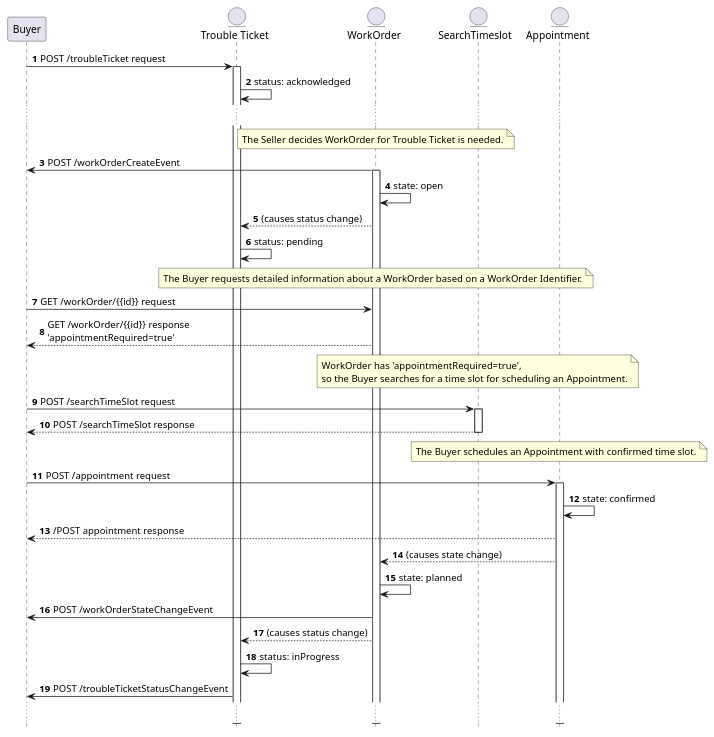
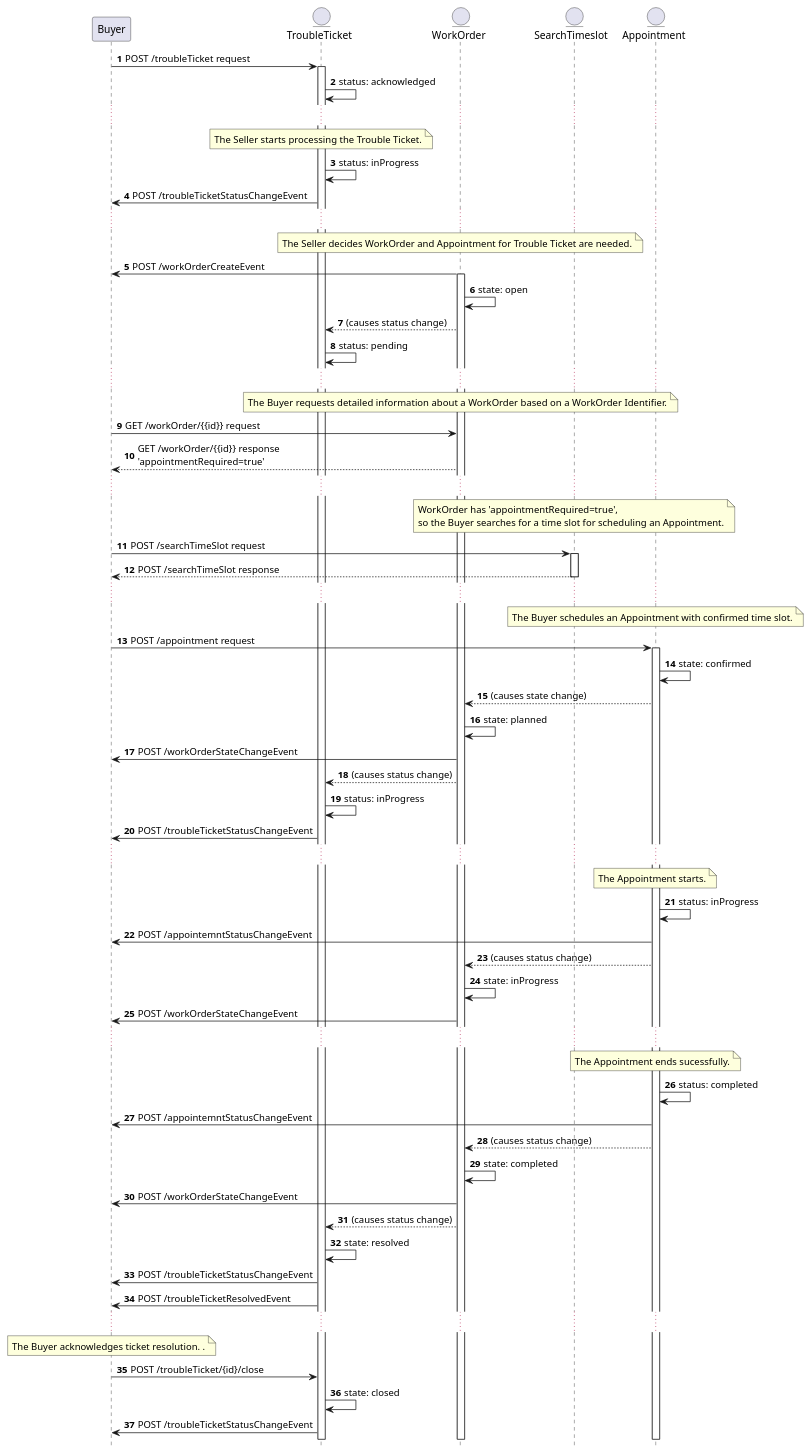
The diagram in documentation/productApi/workforce/media/src/useCaseWorkOrder.puml (MEF-GIT/MEF-LSO-Sonata-SDK), drawn with PlantUML before and after one commit. The commit also changed 382 other files, not shown here.

```diff
--- a/documentation/productApi/workforce/media/src/useCaseWorkOrder.puml
+++ b/documentation/productApi/workforce/media/src/useCaseWorkOrder.puml
@@ -1,49 +1,74 @@
 @startuml
 
 hide footbox
 
 participant Buyer
-entity "Trouble Ticket" as TT
+entity "TroubleTicket" as TT
 entity "WorkOrder" as WORK
 entity "SearchTimeslot " as SAT
 entity "Appointment" as APO
 
 autonumber
 
 Buyer -> TT : POST /troubleTicket request
 activate TT
 TT -> TT: status: acknowledged
-
+...
+note over TT: The Seller starts processing the Trouble Ticket.
+TT -> TT: status: inProgress
+TT -> Buyer: POST /troubleTicketStatusChangeEvent
 ...
 
-note over WORK: The Seller decides WorkOrder for Trouble Ticket is needed.
+note over WORK: The Seller decides WorkOrder and Appointment for Trouble Ticket are needed.
 WORK -> Buyer: POST /workOrderCreateEvent
 activate WORK
 WORK -> WORK: state: open
 WORK --> TT: (causes status change)
 TT -> TT: status: pending
-
+...
 note over WORK: The Buyer requests detailed information about a WorkOrder based on a WorkOrder Identifier.
 Buyer -> WORK : GET /workOrder/{{id}} request
 WORK --> Buyer: GET /workOrder/{{id}} response \n'appointmentRequired=true'
-
+...
 note over SAT: WorkOrder has 'appointmentRequired=true', \nso the Buyer searches for a time slot for scheduling an Appointment.
 Buyer -> SAT : POST /searchTimeSlot request
 activate SAT
 SAT --> Buyer: POST /searchTimeSlot response
 deactivate SAT
-
+...
 note over APO: The Buyer schedules an Appointment with confirmed time slot.
 Buyer -> APO : POST /appointment request
 activate APO
 APO -> APO: state: confirmed
-APO --> Buyer: /POST appointment response
 APO --> WORK: (causes state change)
 WORK -> WORK: state: planned
 WORK -> Buyer: POST /workOrderStateChangeEvent
 
 WORK --> TT: (causes status change)
 TT -> TT: status: inProgress
 TT -> Buyer: POST /troubleTicketStatusChangeEvent
 ...
+note over APO: The Appointment starts.
+APO -> APO: status: inProgress
+APO -> Buyer: POST /appointemntStatusChangeEvent
+APO --> WORK: (causes status change)
+WORK -> WORK: state: inProgress
+WORK -> Buyer: POST /workOrderStateChangeEvent
+...
+note over APO: The Appointment ends sucessfully.
+APO -> APO: status: completed
+APO -> Buyer: POST /appointemntStatusChangeEvent
+APO --> WORK: (causes status change)
+WORK -> WORK: state: completed
+WORK -> Buyer: POST /workOrderStateChangeEvent
+WORK --> TT: (causes status change)
+TT -> TT:state: resolved
+TT -> Buyer: POST /troubleTicketStatusChangeEvent
+TT -> Buyer: POST /troubleTicketResolvedEvent
+...
+note over Buyer: The Buyer acknowledges ticket resolution. .
+Buyer ->TT: POST /troubleTicket/{id}/close
+TT -> TT:state: closed
+TT -> Buyer: POST /troubleTicketStatusChangeEvent
+
 @enduml
```
